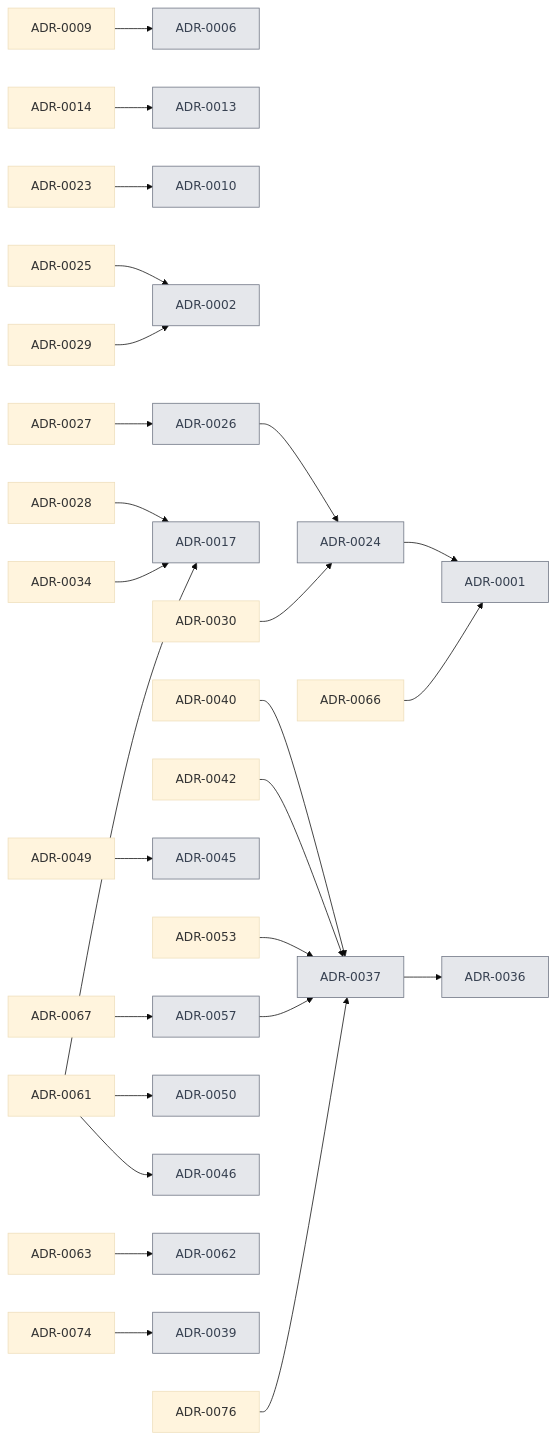
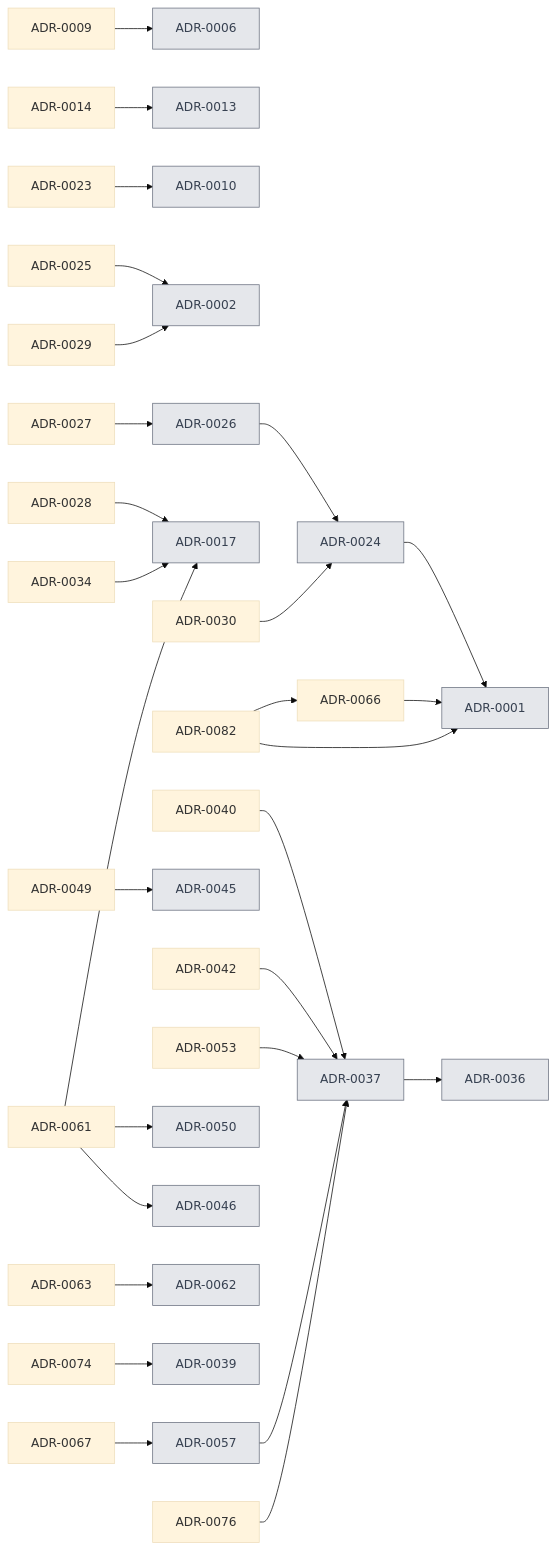
The diagram in docs/decisions/index.md (VM-s-Solutions/cleansia), drawn with Mermaid (base theme) before and after one commit. The commit also changed other lines of this file and 2 other files, not shown here.

First line of the commit message:
docs(decisions): ADR-0082, pay periods close and invoice once, payouts by bank transfer [P7.1]

````diff
--- a/docs/decisions/index.md
+++ b/docs/decisions/index.md
@@ -18,30 +18,32 @@
 ```mermaid
 flowchart LR
   A0009[ADR-0009] --> A0006[ADR-0006]
   A0014[ADR-0014] --> A0013[ADR-0013]
   A0023[ADR-0023] --> A0010[ADR-0010]
   A0024[ADR-0024] --> A0001[ADR-0001]
   A0025[ADR-0025] --> A0002[ADR-0002]
   A0026[ADR-0026] --> A0024[ADR-0024]
   A0027[ADR-0027] --> A0026[ADR-0026]
   A0028[ADR-0028] --> A0017[ADR-0017]
   A0029[ADR-0029] --> A0002[ADR-0002]
   A0030[ADR-0030] --> A0024[ADR-0024]
   A0034[ADR-0034] --> A0017[ADR-0017]
   A0037[ADR-0037] --> A0036[ADR-0036]
   A0040[ADR-0040] --> A0037[ADR-0037]
   A0042[ADR-0042] --> A0037[ADR-0037]
   A0049[ADR-0049] --> A0045[ADR-0045]
   A0053[ADR-0053] --> A0037[ADR-0037]
   A0057[ADR-0057] --> A0037[ADR-0037]
   A0061[ADR-0061] --> A0050[ADR-0050]
   A0061[ADR-0061] --> A0017[ADR-0017]
   A0061[ADR-0061] --> A0046[ADR-0046]
   A0063[ADR-0063] --> A0062[ADR-0062]
   A0066[ADR-0066] --> A0001[ADR-0001]
   A0067[ADR-0067] --> A0057[ADR-0057]
   A0074[ADR-0074] --> A0039[ADR-0039]
   A0076[ADR-0076] --> A0037[ADR-0037]
+  A0082[ADR-0082] --> A0001[ADR-0001]
+  A0082[ADR-0082] --> A0066[ADR-0066]
   classDef old fill:#e5e7eb,stroke:#6b7280,color:#374151
   class A0001,A0002,A0006,A0010,A0013,A0017,A0024,A0026,A0036,A0037,A0039,A0045,A0046,A0050,A0057,A0062 old
 ```
````
